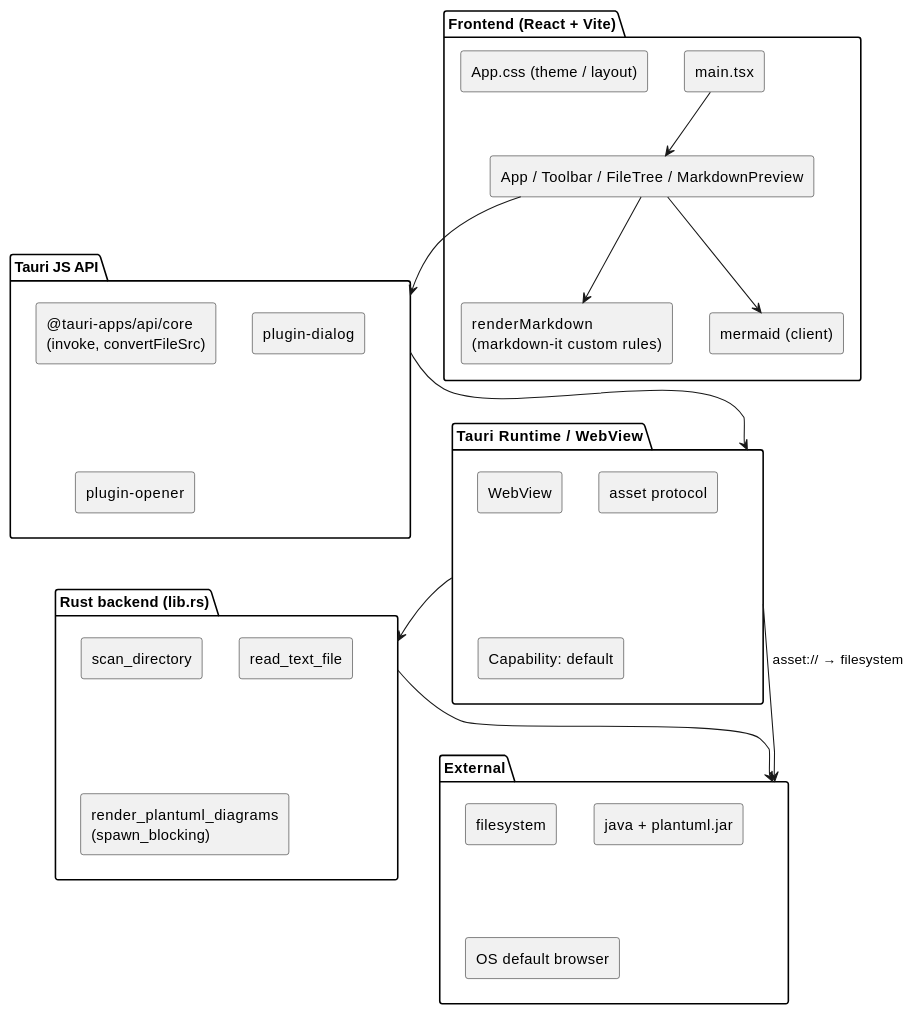
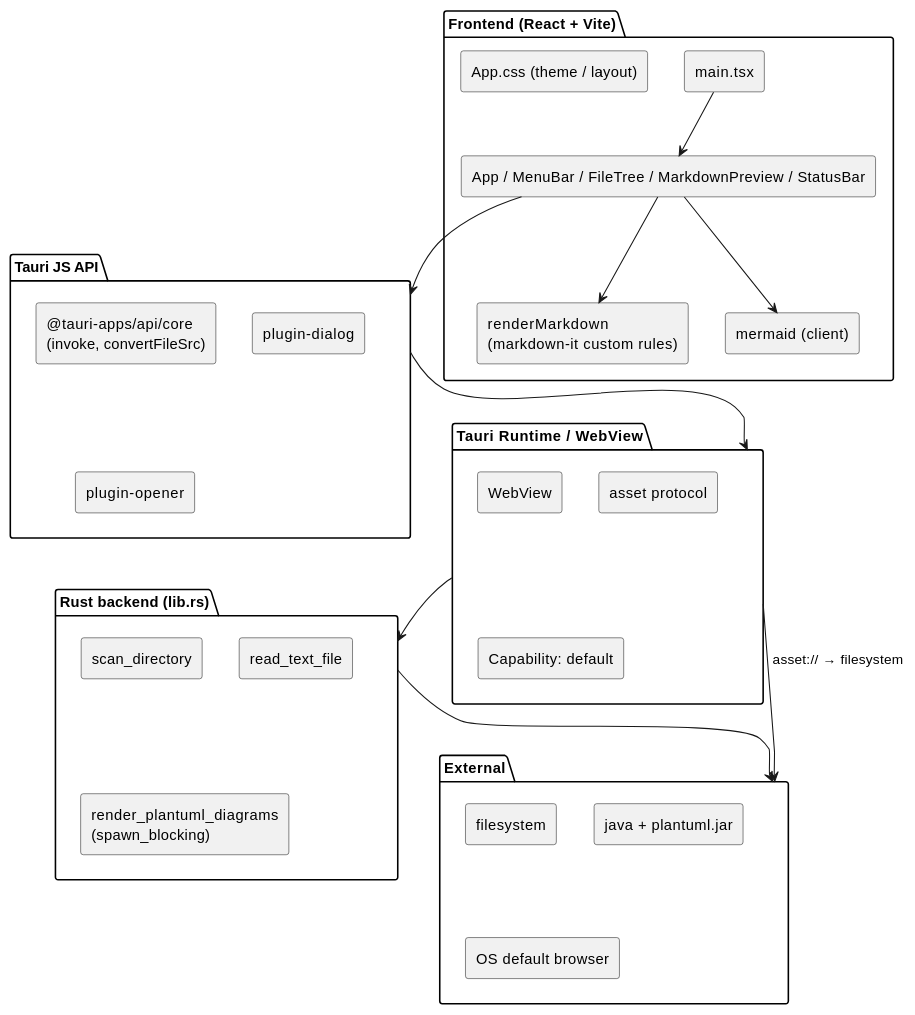
The first of 3 diagrams in docs/components/tauri_viewer/basic_design.md (an-embedded-engineer/MarkdownViewer), drawn with PlantUML before and after one commit. The commit also changed other lines of this file and 7 other files, not shown here.

Commit message:
feat: add Tauri menu bar and status bar

````diff
--- a/docs/components/tauri_viewer/basic_design.md
+++ b/docs/components/tauri_viewer/basic_design.md
@@ -40,47 +40,47 @@
 ```plantuml
 @startuml
 skinparam shadowing false
 skinparam componentStyle rectangle
 
 package "Frontend (React + Vite)" as F {
   [main.tsx]
-  [App / Toolbar / FileTree / MarkdownPreview]
+  [App / MenuBar / FileTree / MarkdownPreview / StatusBar]
   [renderMarkdown\n(markdown-it custom rules)]
   [mermaid (client)]
   [App.css (theme / layout)]
 }
 
 package "Tauri JS API" as TJS {
   [@tauri-apps/api/core\n(invoke, convertFileSrc)]
   [plugin-dialog]
   [plugin-opener]
 }
 
 package "Tauri Runtime / WebView" as TR {
   [WebView]
   [asset protocol]
   [Capability: default]
 }
 
 package "Rust backend (lib.rs)" as R {
   [scan_directory]
   [read_text_file]
   [render_plantuml_diagrams\n(spawn_blocking)]
 }
 
 package "External" as E {
   [filesystem]
   [java + plantuml.jar]
   [OS default browser]
 }
 
-[main.tsx] --> [App / Toolbar / FileTree / MarkdownPreview]
-[App / Toolbar / FileTree / MarkdownPreview] --> TJS
-[App / Toolbar / FileTree / MarkdownPreview] --> [renderMarkdown\n(markdown-it custom rules)]
-[App / Toolbar / FileTree / MarkdownPreview] --> [mermaid (client)]
+[main.tsx] --> [App / MenuBar / FileTree / MarkdownPreview / StatusBar]
+[App / MenuBar / FileTree / MarkdownPreview / StatusBar] --> TJS
+[App / MenuBar / FileTree / MarkdownPreview / StatusBar] --> [renderMarkdown\n(markdown-it custom rules)]
+[App / MenuBar / FileTree / MarkdownPreview / StatusBar] --> [mermaid (client)]
 TJS --> TR
 TR --> R
 R --> E
 TR --> E : asset:// → filesystem
 @enduml
 ```
````
